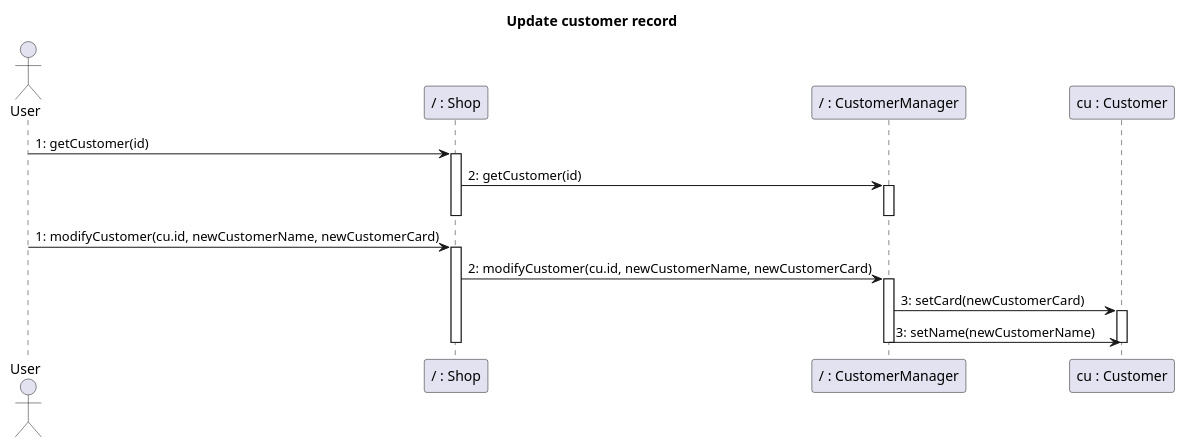
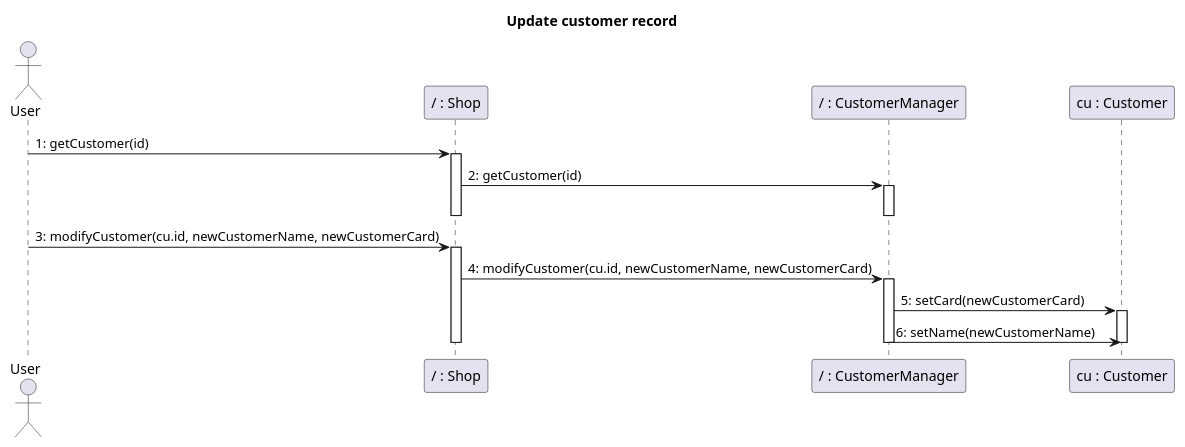
Diagram 17 of 30 in Deliverables/DesignDocument.md (nicolabattaglino/ezshop), drawn with PlantUML before and after one commit. The commit also changed other lines of this file, not shown here.

````diff
--- a/Deliverables/DesignDocument.md
+++ b/Deliverables/DesignDocument.md
@@ -898,28 +898,28 @@
 ```plantuml
 @startuml
 
 title Update customer record
 actor User
 participant "/ : Shop" as Shop
 participant "/ : CustomerManager" as CustomerManager
 participant "cu : Customer" as Customer
 
 User -> Shop: 1: getCustomer(id)
 activate Shop
 Shop -> CustomerManager: 2: getCustomer(id)
 activate CustomerManager
 deactivate CustomerManager
 deactivate Shop
 
-User -> Shop: 1: modifyCustomer(cu.id, newCustomerName, newCustomerCard)
+User -> Shop: 3: modifyCustomer(cu.id, newCustomerName, newCustomerCard)
 activate Shop
-Shop -> CustomerManager: 2: modifyCustomer(cu.id, newCustomerName, newCustomerCard)
+Shop -> CustomerManager: 4: modifyCustomer(cu.id, newCustomerName, newCustomerCard)
 activate CustomerManager
-CustomerManager -> Customer: 3: setCard(newCustomerCard)
+CustomerManager -> Customer: 5: setCard(newCustomerCard)
 activate Customer
-CustomerManager -> Customer: 3: setName(newCustomerName)
+CustomerManager -> Customer: 6: setName(newCustomerName)
 deactivate Customer
 deactivate CustomerManager
 deactivate Shop
 @enduml
 ```
````
